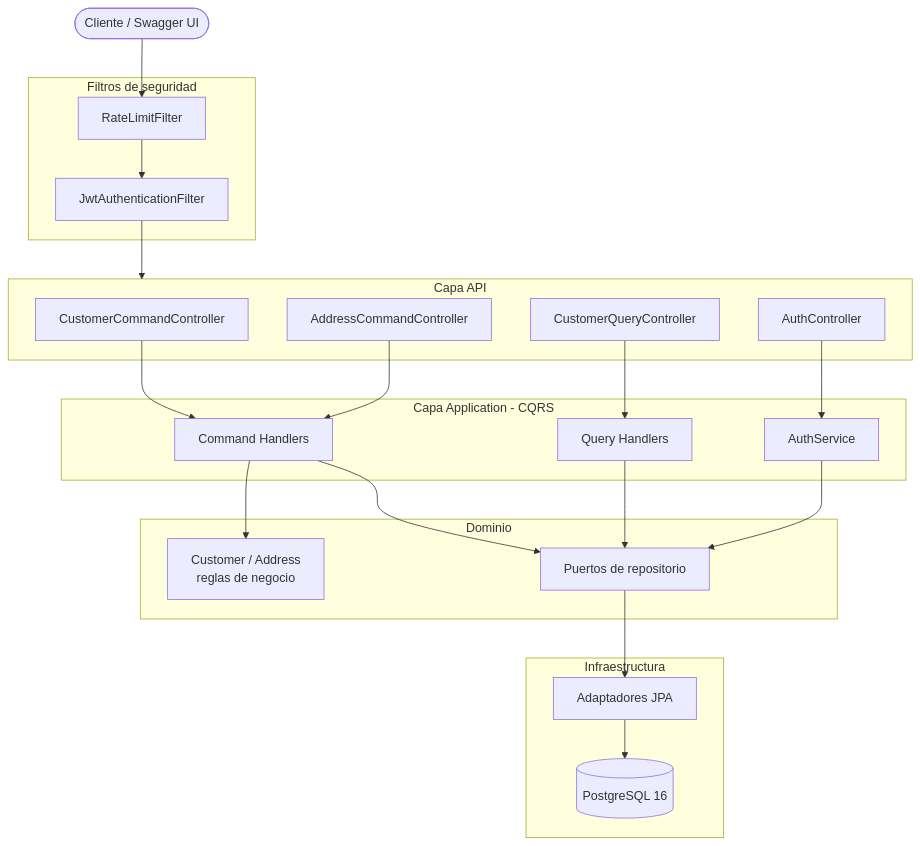
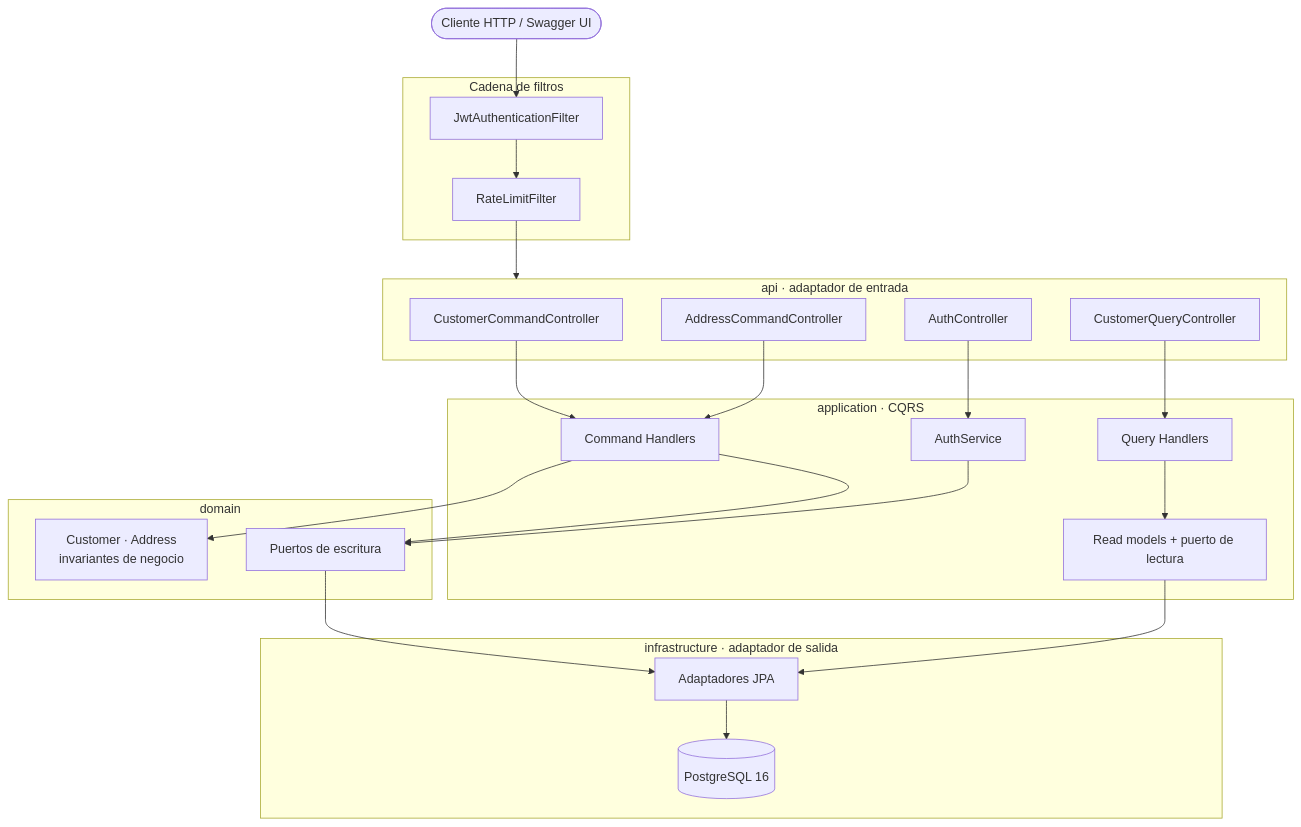
The diagram in README.md (samilr/java-prueba-tecnica), drawn with Mermaid before and after one commit. The commit also changed other lines of this file, not shown here.

First line of the commit message:
Reescribir el README para la publicación del repositorio

````diff
--- a/README.md
+++ b/README.md
@@ -57,43 +69,46 @@
 ```mermaid
 flowchart TD
-    Client([Cliente / Swagger UI])
+    Client([Cliente HTTP / Swagger UI])
 
-    subgraph Security[Filtros de seguridad]
+    subgraph Filters[Cadena de filtros]
+        JWT[JwtAuthenticationFilter]
         RL[RateLimitFilter]
-        JWT[JwtAuthenticationFilter]
     end
 
-    subgraph API[Capa API]
+    subgraph Api[api · adaptador de entrada]
         CC[CustomerCommandController]
+        AC[AddressCommandController]
         QC[CustomerQueryController]
-        AC[AddressCommandController]
-        AUTH[AuthController]
+        AU[AuthController]
     end
 
-    subgraph App[Capa Application - CQRS]
+    subgraph App[application · CQRS]
         CH[Command Handlers]
         QH[Query Handlers]
         AS[AuthService]
+        RM[Read models + puerto de lectura]
     end
 
-    subgraph Domain[Dominio]
-        AGG[Customer / Address<br/>reglas de negocio]
-        PORT[Puertos de repositorio]
+    subgraph Dom[domain]
+        AGG[Customer · Address<br/>invariantes de negocio]
+        WP[Puertos de escritura]
     end
 
-    subgraph Infra[Infraestructura]
+    subgraph Infra[infrastructure · adaptador de salida]
         ADP[Adaptadores JPA]
         DB[(PostgreSQL 16)]
     end
 
-    Client --> RL --> JWT --> API
+    Client --> JWT --> RL --> Api
     CC --> CH
     AC --> CH
     QC --> QH
-    AUTH --> AS
+    AU --> AS
     CH --> AGG
-    CH --> PORT
-    QH --> PORT
-    AS --> PORT
-    PORT --> ADP --> DB
+    CH --> WP
+    QH --> RM
+    AS --> WP
+    WP --> ADP
+    RM --> ADP
+    ADP --> DB
 ```
````
